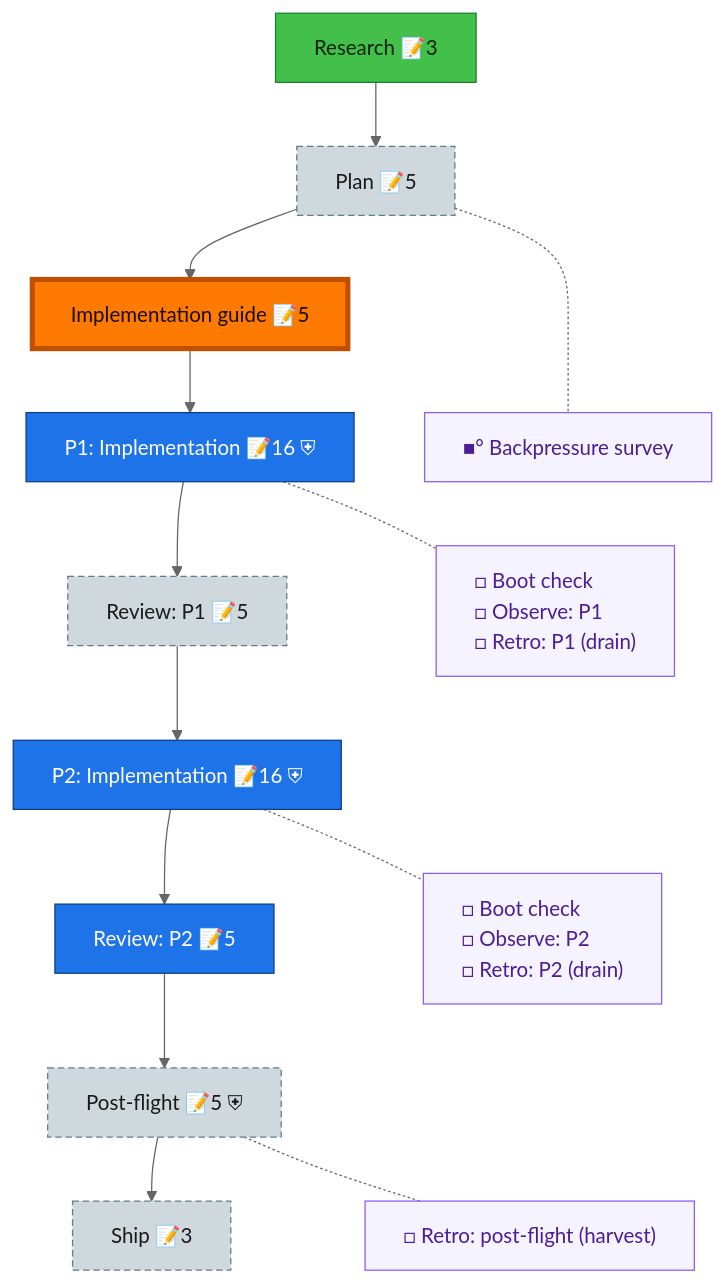
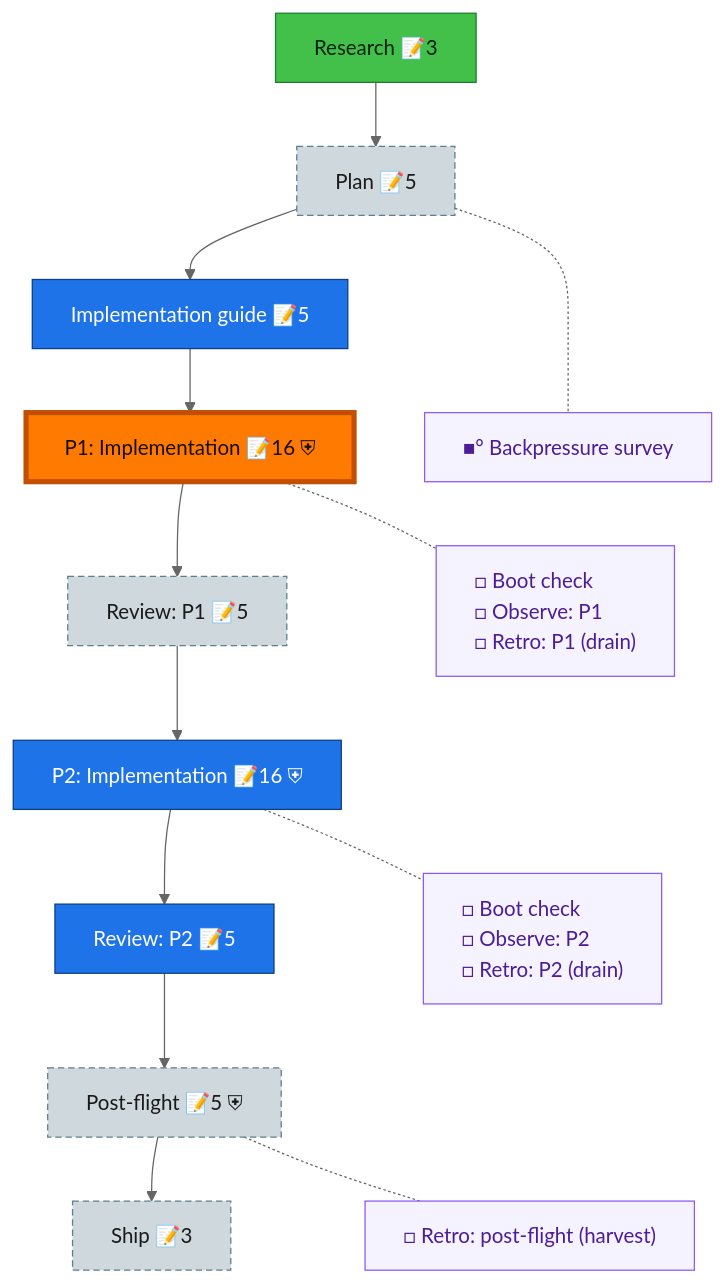
The diagram in docs/plans/028-prep-canonical-tables/the-flow.md (AI-Substrate/Unisphere), drawn with Mermaid (neutral theme) before and after one commit. The commit also changed other lines of this file and 17 other files, not shown here.

````diff
--- a/docs/plans/028-prep-canonical-tables/the-flow.md
+++ b/docs/plans/028-prep-canonical-tables/the-flow.md
@@ -8,35 +8,35 @@
 ```mermaid
 flowchart TD
     research["Research 📝3"]:::wip
     plan["Plan 📝5"]:::assumed
     impl_guide["Implementation guide 📝5"]:::known
     phase_1["P1: Implementation 📝16 ⛨"]:::known
     review_1["Review: P1 📝5"]:::assumed
     phase_2["P2: Implementation 📝16 ⛨"]:::known
     review_2["Review: P2 📝5"]:::known
     post_flight["Post-flight 📝5 ⛨"]:::assumed
     ship["Ship 📝3"]:::assumed
 
     research --> plan --> impl_guide --> phase_1 --> review_1 --> phase_2 --> review_2 --> post_flight --> ship
 
     planC["■° Backpressure survey"]:::chore
     phase_1C["□ Boot check<br/>□ Observe: P1<br/>□ Retro: P1 (drain)"]:::chore
     phase_2C["□ Boot check<br/>□ Observe: P2<br/>□ Retro: P2 (drain)"]:::chore
     post_flightC["□ Retro: post-flight (harvest)"]:::chore
 
     %% invisible chain holds the gutter boxes in their own column
     planC ~~~ phase_1C ~~~ phase_2C ~~~ post_flightC
 
     %% dotted links pull each gutter box beside its node
     plan -.- planC
     phase_1 -.- phase_1C
     phase_2 -.- phase_2C
     post_flight -.- post_flightC
 
     classDef wip fill:#43C04A,stroke:#1B7F2E,color:#04210A;
     classDef known fill:#1E73E8,stroke:#0D3F86,color:#fff;
     classDef assumed fill:#CFD8DC,stroke:#607D8B,color:#1a1a1a,stroke-dasharray:5 3;
     classDef chore fill:#f5f3ff,stroke:#8b5cf6,color:#4c1d95,text-align:left;
     classDef current fill:#FF7A00,stroke:#C24E00,color:#1a0e00,stroke-width:4px;
-    class impl_guide current;
+    class phase_1 current;
 ```
````
